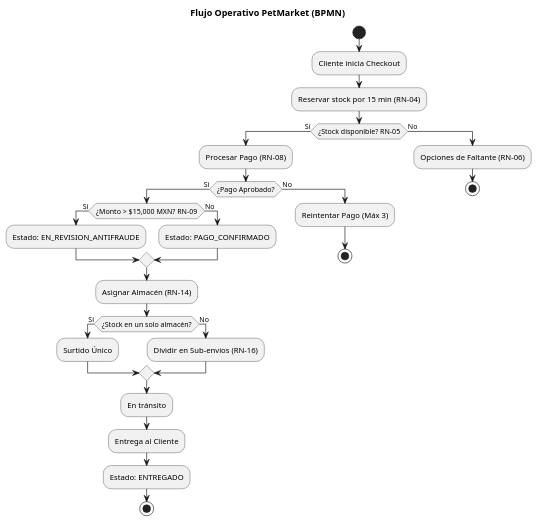
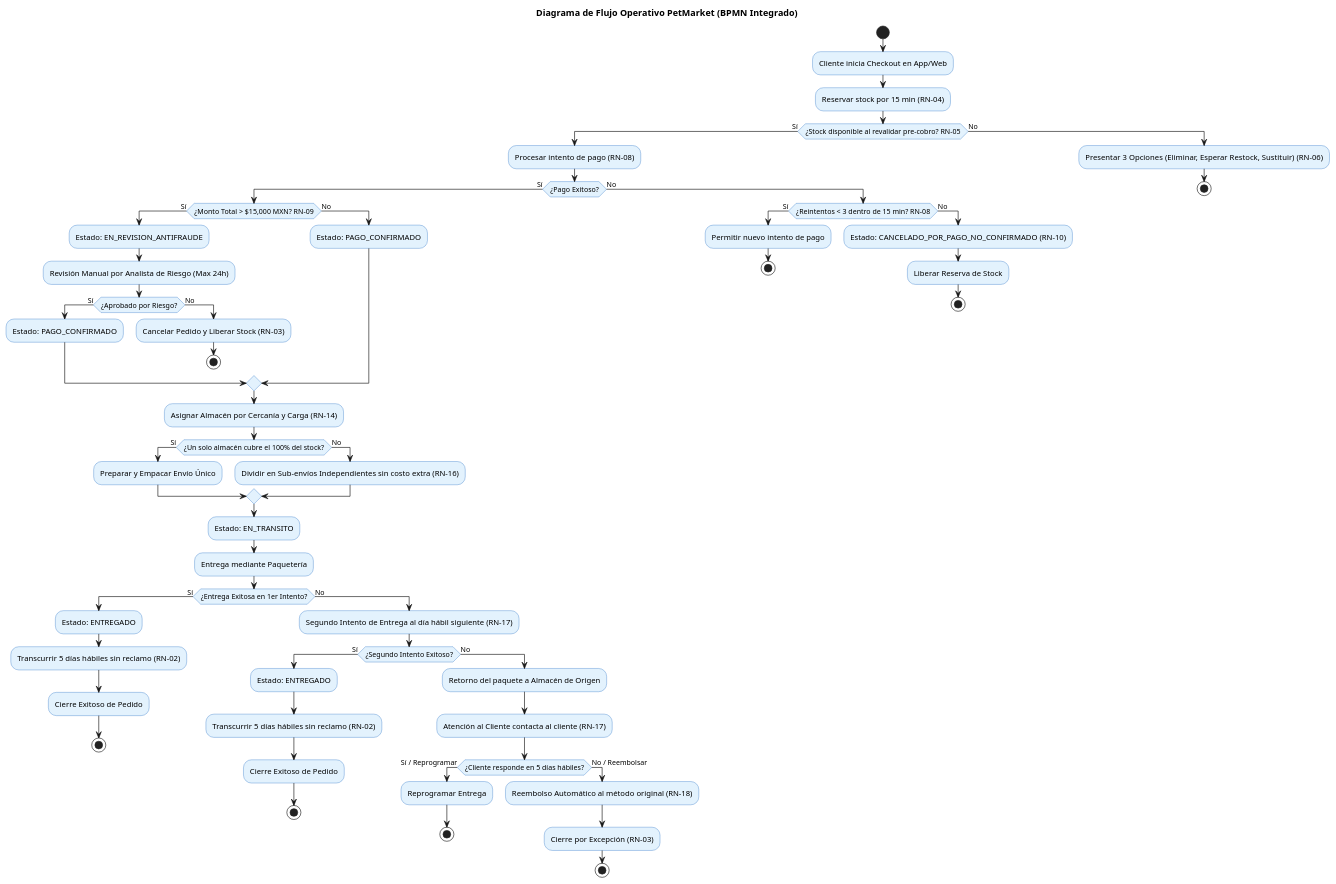
One commit to badfacebaldo/mi-proyecto-cln changed the diagram in docs/architecture/BPMN_Proceso.md. Above: the diagram before and after it, drawn with PlantUML. The commit also changed other lines of this file, not shown here.

````diff
--- a/docs/architecture/BPMN_Proceso.md
+++ b/docs/architecture/BPMN_Proceso.md
@@ -3,38 +9,81 @@
 ```plantuml
 @startuml
-title Flujo Operativo PetMarket (BPMN)
+skinparam handwritten false
+skinparam defaultFontName Arial
+skinparam ActivityBackgroundColor #E3F2FD
+skinparam ActivityBorderColor #1565C0
+
+title Diagrama de Flujo Operativo PetMarket (BPMN Integrado)
 
 start
-:Cliente inicia Checkout;
+:Cliente inicia Checkout en App/Web;
 :Reservar stock por 15 min (RN-04);
 
-if (¿Stock disponible? RN-05) then (Sí)
-  :Procesar Pago (RN-08);
-  if (¿Pago Aprobado?) then (Sí)
-    if (¿Monto > $15,000 MXN? RN-09) then (Sí)
+if (¿Stock disponible al revalidar pre-cobro? RN-05) then (Sí)
+  :Procesar intento de pago (RN-08);
+  if (¿Pago Exitoso?) then (Sí)
+    if (¿Monto Total > $15,000 MXN? RN-09) then (Sí)
       :Estado: EN_REVISION_ANTIFRAUDE;
+      :Revisión Manual por Analista de Riesgo (Max 24h);
+      if (¿Aprobado por Riesgo?) then (Sí)
+        :Estado: PAGO_CONFIRMADO;
+      else (No)
+        :Cancelar Pedido y Liberar Stock (RN-03);
+        stop
+      endif
     else (No)
       :Estado: PAGO_CONFIRMADO;
     endif
     
-    :Asignar Almacén (RN-14);
-    if (¿Stock en un solo almacén?) then (Sí)
-      :Surtido Único;
+    :Asignar Almacén por Cercanía y Carga (RN-14);
+    if (¿Un solo almacén cubre el 100% del stock?) then (Sí)
+      :Preparar y Empacar Envío Único;
     else (No)
-      :Dividir en Sub-envíos (RN-16);
+      :Dividir en Sub-envíos Independientes sin costo extra (RN-16);
     endif
     
-    :En tránsito;
-    :Entrega al Cliente;
-    :Estado: ENTREGADO;
-    stop
+    :Estado: EN_TRANSITO;
+    :Entrega mediante Paquetería;
+    
+    if (¿Entrega Exitosa en 1er Intento?) then (Sí)
+      :Estado: ENTREGADO;
+      :Transcurrir 5 días hábiles sin reclamo (RN-02);
+      :Cierre Exitoso de Pedido;
+      stop
+    else (No)
+      :Segundo Intento de Entrega al día hábil siguiente (RN-17);
+      if (¿Segundo Intento Exitoso?) then (Sí)
+        :Estado: ENTREGADO;
+        :Transcurrir 5 días hábiles sin reclamo (RN-02);
+        :Cierre Exitoso de Pedido;
+        stop
+      else (No)
+        :Retorno del paquete a Almacén de Origen;
+        :Atención al Cliente contacta al cliente (RN-17);
+        if (¿Cliente responde en 5 días hábiles?) then (Sí / Reprogramar)
+          :Reprogramar Entrega;
+          stop
+        else (No / Reembolsar)
+          :Reembolso Automático al método original (RN-18);
+          :Cierre por Excepción (RN-03);
+          stop
+        endif
+      endif
+    endif
+
   else (No)
-    :Reintentar Pago (Máx 3);
-    stop
+    if (¿Reintentos < 3 dentro de 15 min? RN-08) then (Sí)
+      :Permitir nuevo intento de pago;
+      stop
+    else (No)
+      :Estado: CANCELADO_POR_PAGO_NO_CONFIRMADO (RN-10);
+      :Liberar Reserva de Stock;
+      stop
+    endif
   endif
 else (No)
-  :Opciones de Faltante (RN-06);
+  :Presentar 3 Opciones (Eliminar, Esperar Restock, Sustituir) (RN-06);
   stop
 endif
 @enduml
 ```
````
